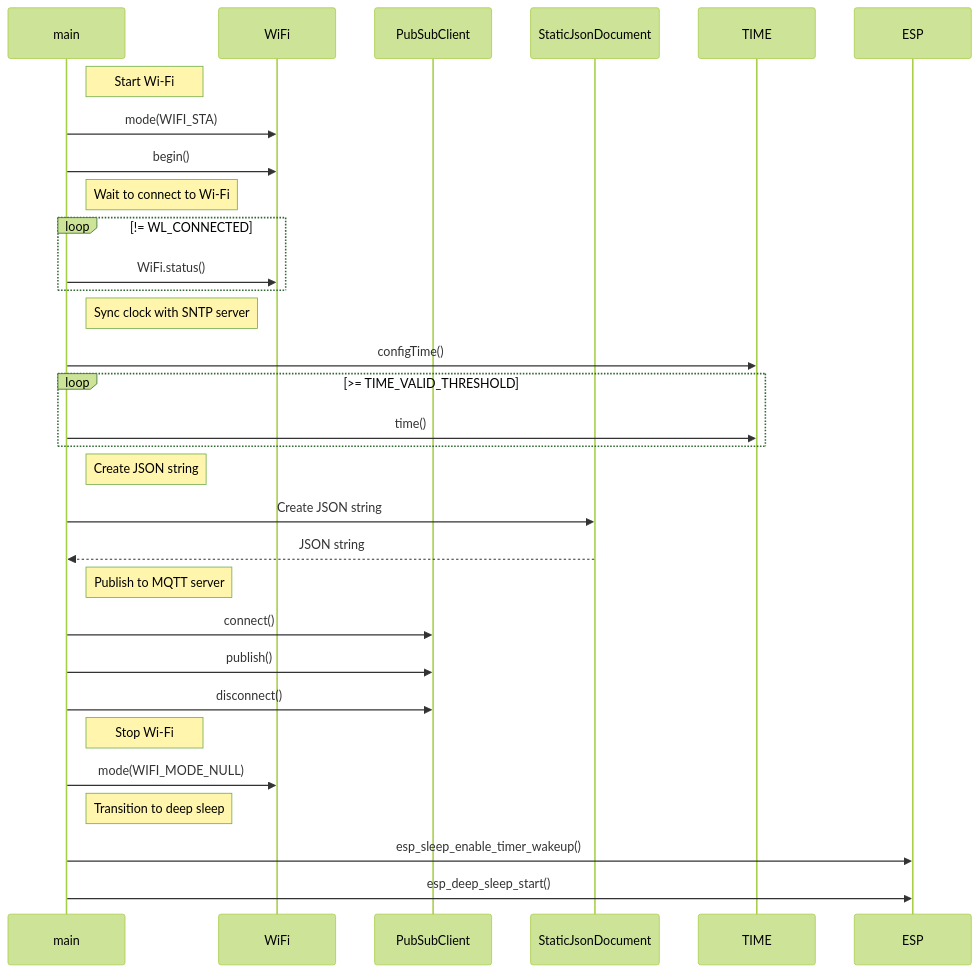
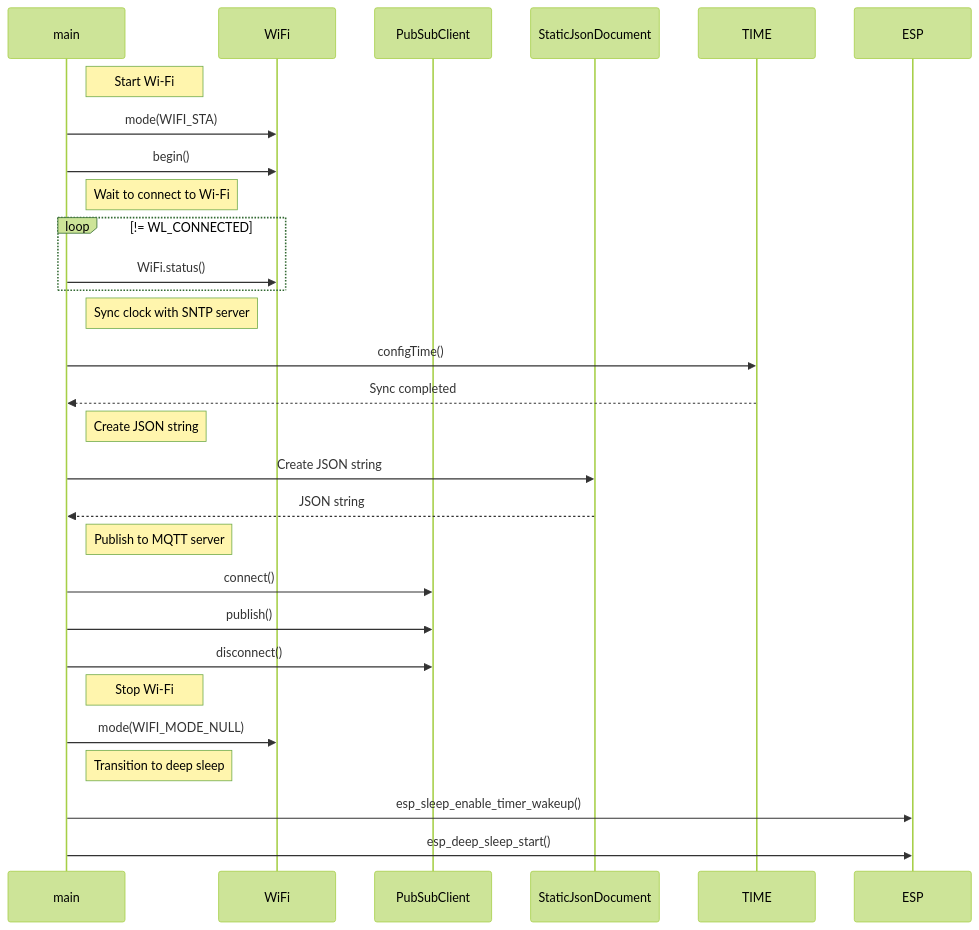
The second of 2 diagrams in src/WiFi/MqttsPubClient/README.md (SeeedJP/xiaoesp32c3_examples), drawn with Mermaid (forest theme) before and after one commit. The commit also changed 1 other file, not shown here.

Commit message:
Implement re-sync

````diff
--- a/src/WiFi/MqttsPubClient/README.md
+++ b/src/WiFi/MqttsPubClient/README.md
@@ -42,41 +42,39 @@
 ```mermaid
 
 sequenceDiagram
     participant main
     participant WiFi
     participant PubSubClient
     participant StaticJsonDocument
     participant TIME
     participant ESP
 
     note right of main: Start Wi-Fi
     main->>WiFi: mode(WIFI_STA)
     main->>WiFi: begin()
 
     note right of main: Wait to connect to Wi-Fi
     loop != WL_CONNECTED
         main->>WiFi: WiFi.status()
     end
 
     note right of main: Sync clock with SNTP server
     main->>TIME: configTime()
-    loop >= TIME_VALID_THRESHOLD
-        main->>TIME: time()
-    end
+    TIME-->>main: Sync completed
 
     note right of main: Create JSON string
     main->>StaticJsonDocument: Create JSON string
     StaticJsonDocument-->>main: JSON string
 
     note right of main: Publish to MQTT server
     main->>PubSubClient: connect()
     main->>PubSubClient: publish()
     main->>PubSubClient: disconnect()
 
     note right of main: Stop Wi-Fi
     main->>WiFi: mode(WIFI_MODE_NULL)
 
     note right of main: Transition to deep sleep
     main->>ESP: esp_sleep_enable_timer_wakeup()
     main->>ESP: esp_deep_sleep_start()
 ```
````
